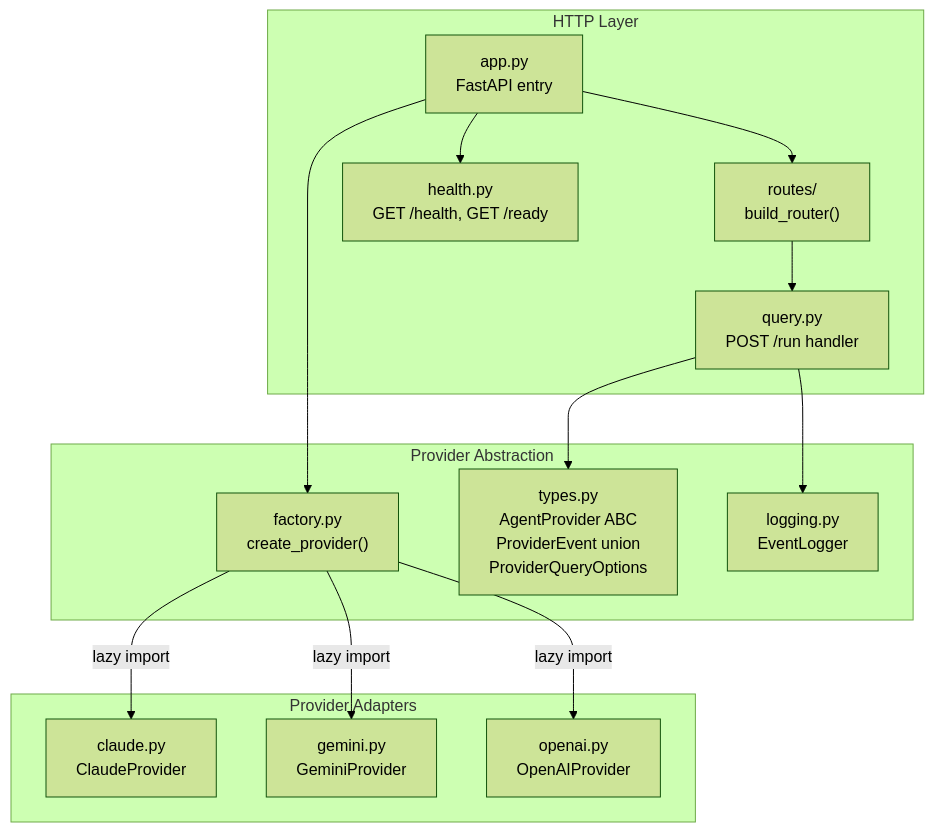
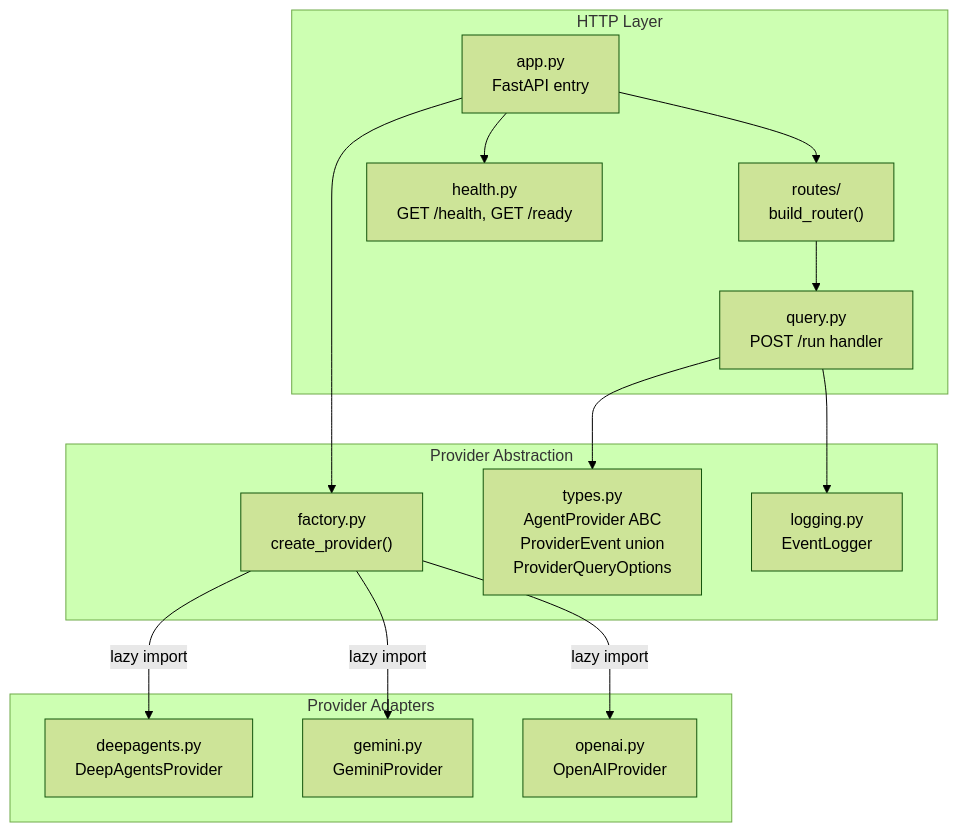
One commit to raptorsun/lightspeed-agentic-sandbox changed the second of 4 diagrams in ARCHITECTURE.md. Above: the diagram before and after it, drawn with Mermaid (forest theme). The commit also changed other lines of this file and 25 other files, not shown here.

First line of the commit message:
OLS-3500: complete claude-to-deepagents migration

````diff
--- a/ARCHITECTURE.md
+++ b/ARCHITECTURE.md
@@ -30,31 +30,31 @@
 ```mermaid
 graph TD
     subgraph "HTTP Layer"
         App["app.py<br/>FastAPI entry"]
         Router["routes/<br/>build_router()"]
         Query["query.py<br/>POST /run handler"]
         Health["health.py<br/>GET /health, GET /ready"]
     end
 
     subgraph "Provider Abstraction"
         Factory["factory.py<br/>create_provider()"]
         Types["types.py<br/>AgentProvider ABC<br/>ProviderEvent union<br/>ProviderQueryOptions"]
         Logger["logging.py<br/>EventLogger"]
     end
 
     subgraph "Provider Adapters"
-        ClaudeP["claude.py<br/>ClaudeProvider"]
+        DeepAgentsP["deepagents.py<br/>DeepAgentsProvider"]
         GeminiP["gemini.py<br/>GeminiProvider"]
         OpenAIP["openai.py<br/>OpenAIProvider"]
     end
 
     App --> Factory
     App --> Router
     Router --> Query
     App --> Health
     Query --> Types
     Query --> Logger
-    Factory -->|lazy import| ClaudeP
+    Factory -->|lazy import| DeepAgentsP
     Factory -->|lazy import| GeminiP
     Factory -->|lazy import| OpenAIP
 ```
````
